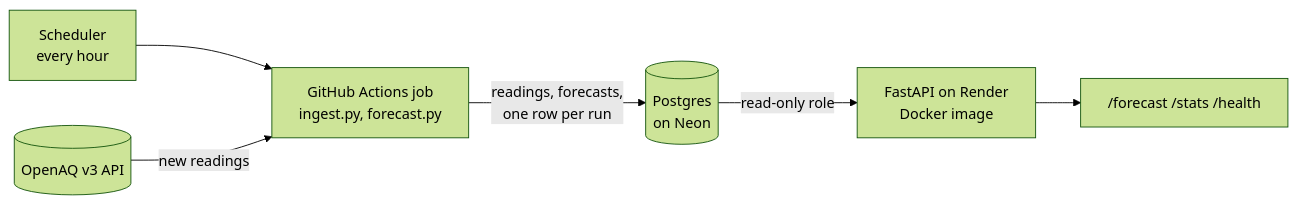
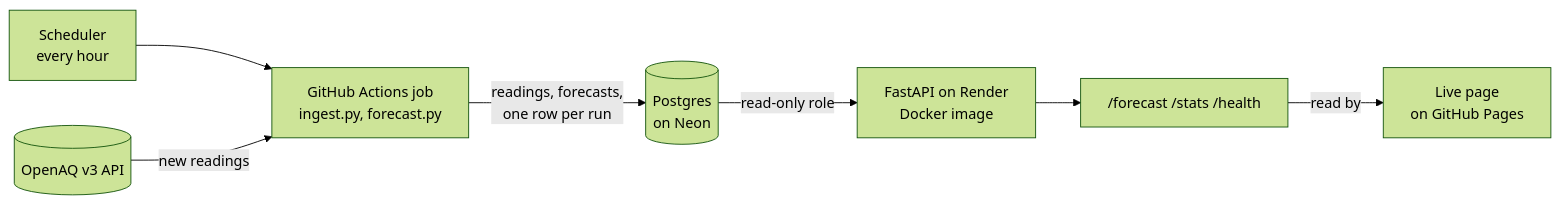
The diagram in README.md (vaibhavpanchal9/pune-aqi), drawn with Mermaid (forest theme) before and after one commit. The commit also changed other lines of this file and 8 other files, not shown here.

Commit message:
a live page: docs/index.html on GitHub Pages; the API lets a web page read it (CORS, GET only), 3 new tests; README, api, deploy, runbook, decisions

````diff
--- a/README.md
+++ b/README.md
@@ -24,8 +27,9 @@
 ```mermaid
 flowchart LR
     S["Scheduler<br/>every hour"] --> J["GitHub Actions job<br/>ingest.py, forecast.py"]
     O[("OpenAQ v3 API")] -->|new readings| J
     J -->|readings, forecasts,<br/>one row per run| D[("Postgres<br/>on Neon")]
     D -->|read-only role| A["FastAPI on Render<br/>Docker image"]
     A --> U["/forecast  /stats  /health"]
+    U -->|read by| P["Live page<br/>on GitHub Pages"]
 ```
````
